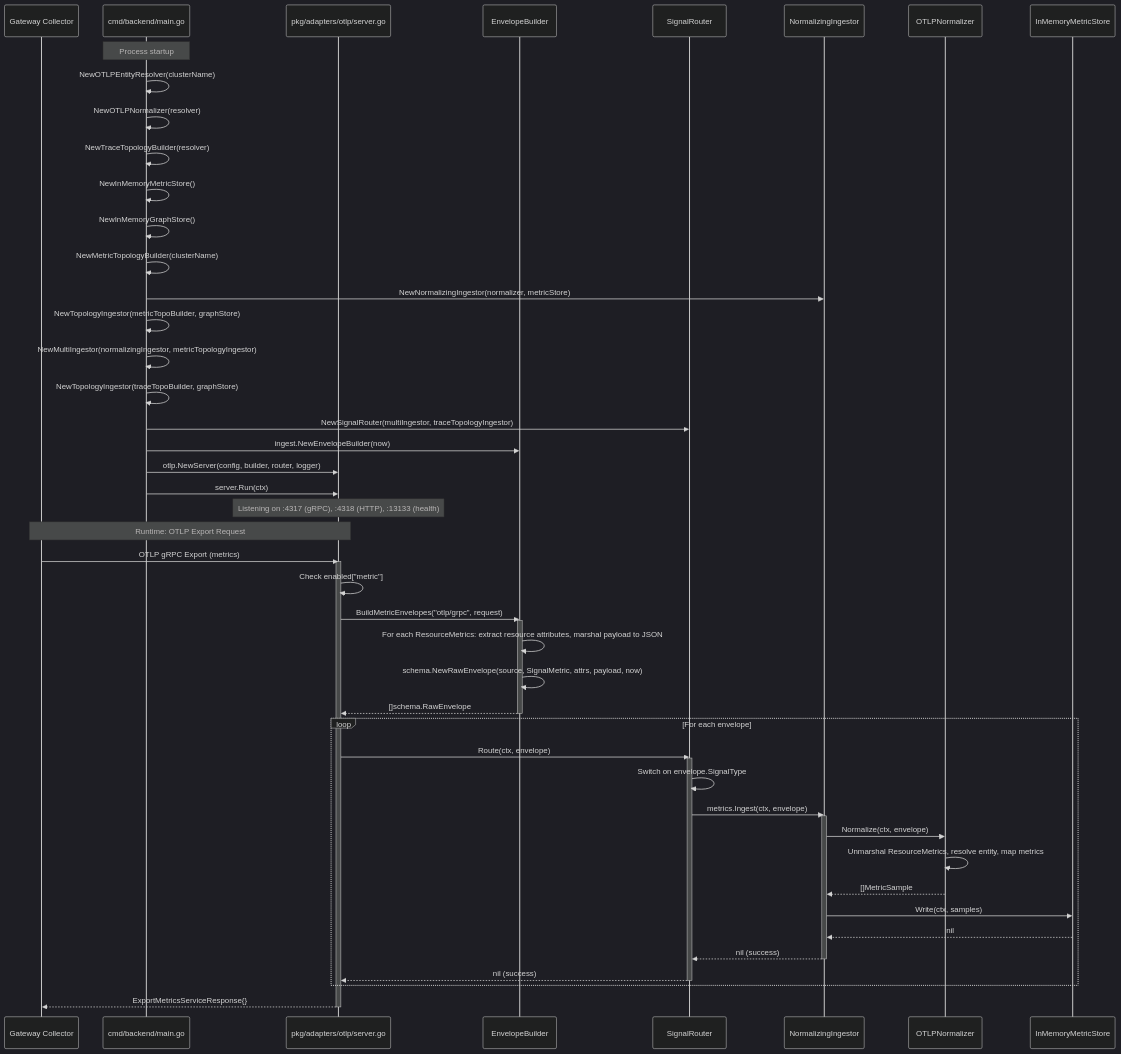
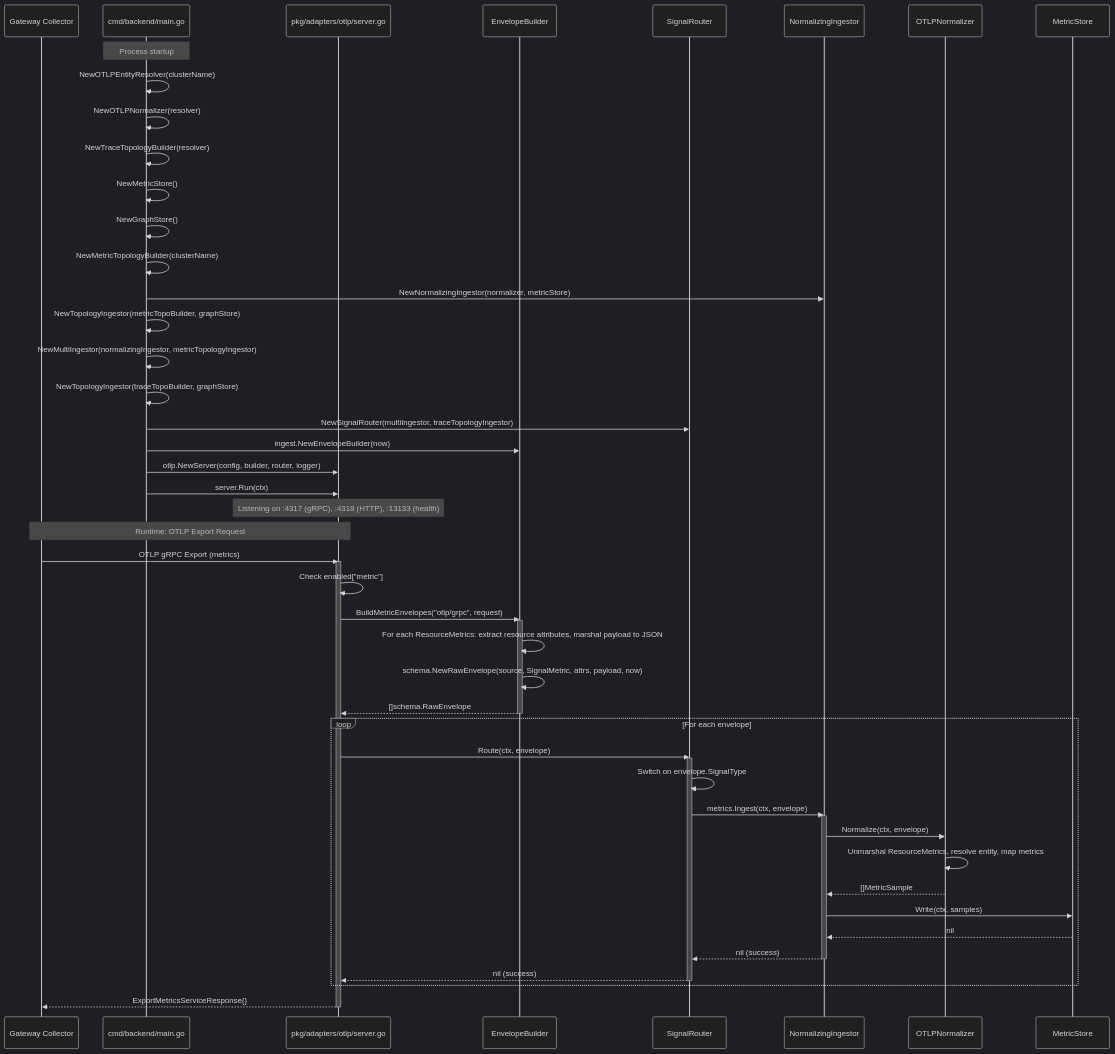
One commit to erickivel/karthos changed the second of 2 diagrams in docs/runtime-flow.md. Above: the diagram before and after it, drawn with Mermaid (dark theme). The commit also changed other lines of this file and 39 other files, not shown here.

````diff
--- a/docs/runtime-flow.md
+++ b/docs/runtime-flow.md
@@ -63,59 +63,59 @@
 ```mermaid
 sequenceDiagram
     participant Gateway as Gateway Collector
     participant Main as cmd/backend/main.go
     participant Server as pkg/adapters/otlp/server.go
     participant Builder as EnvelopeBuilder
     participant Router as SignalRouter
     participant NI as NormalizingIngestor
     participant Norm as OTLPNormalizer
-    participant MS as InMemoryMetricStore
+    participant MS as MetricStore
 
     Note over Main: Process startup
     Main->>Main: NewOTLPEntityResolver(clusterName)
     Main->>Main: NewOTLPNormalizer(resolver)
     Main->>Main: NewTraceTopologyBuilder(resolver)
-    Main->>Main: NewInMemoryMetricStore()
-    Main->>Main: NewInMemoryGraphStore()
+    Main->>Main: NewMetricStore()
+    Main->>Main: NewGraphStore()
     Main->>Main: NewMetricTopologyBuilder(clusterName)
     Main->>NI: NewNormalizingIngestor(normalizer, metricStore)
     Main->>Main: NewTopologyIngestor(metricTopoBuilder, graphStore)
     Main->>Main: NewMultiIngestor(normalizingIngestor, metricTopologyIngestor)
     Main->>Main: NewTopologyIngestor(traceTopoBuilder, graphStore)
     Main->>Router: NewSignalRouter(multiIngestor, traceTopologyIngestor)
     Main->>Builder: ingest.NewEnvelopeBuilder(now)
     Main->>Server: otlp.NewServer(config, builder, router, logger)
     Main->>Server: server.Run(ctx)
     Note over Server: Listening on :4317 (gRPC), :4318 (HTTP), :13133 (health)
 
     Note over Gateway,Server: Runtime: OTLP Export Request
     Gateway->>Server: OTLP gRPC Export (metrics)
     activate Server
     Server->>Server: Check enabled["metric"]
     Server->>Builder: BuildMetricEnvelopes("otlp/grpc", request)
     activate Builder
     Builder->>Builder: For each ResourceMetrics: extract resource attributes, marshal payload to JSON
     Builder->>Builder: schema.NewRawEnvelope(source, SignalMetric, attrs, payload, now)
     Builder-->>Server: []schema.RawEnvelope
     deactivate Builder
 
     loop For each envelope
         Server->>Router: Route(ctx, envelope)
         activate Router
         Router->>Router: Switch on envelope.SignalType
         Router->>NI: metrics.Ingest(ctx, envelope)
         activate NI
         NI->>Norm: Normalize(ctx, envelope)
         Norm->>Norm: Unmarshal ResourceMetrics, resolve entity, map metrics
         Norm-->>NI: []MetricSample
         NI->>MS: Write(ctx, samples)
         MS-->>NI: nil
         NI-->>Router: nil (success)
         deactivate NI
         Router-->>Server: nil (success)
         deactivate Router
     end
 
     Server-->>Gateway: ExportMetricsServiceResponse{}
     deactivate Server
 ```
````
